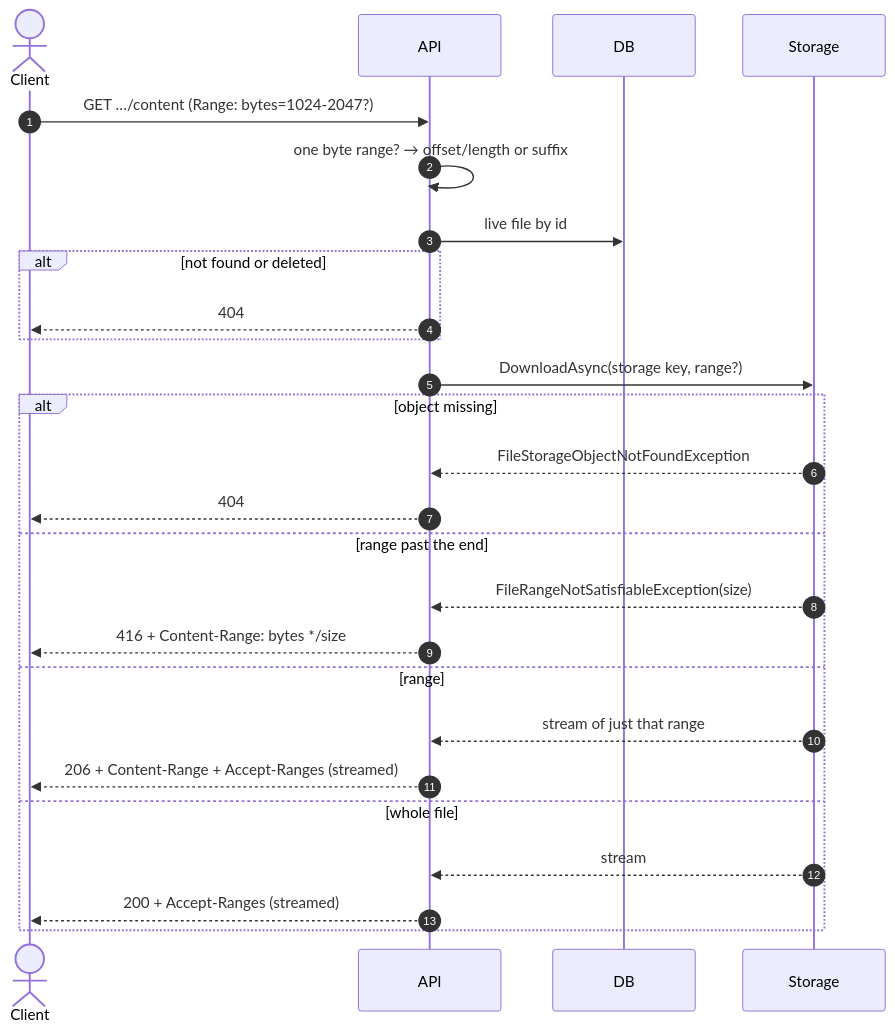
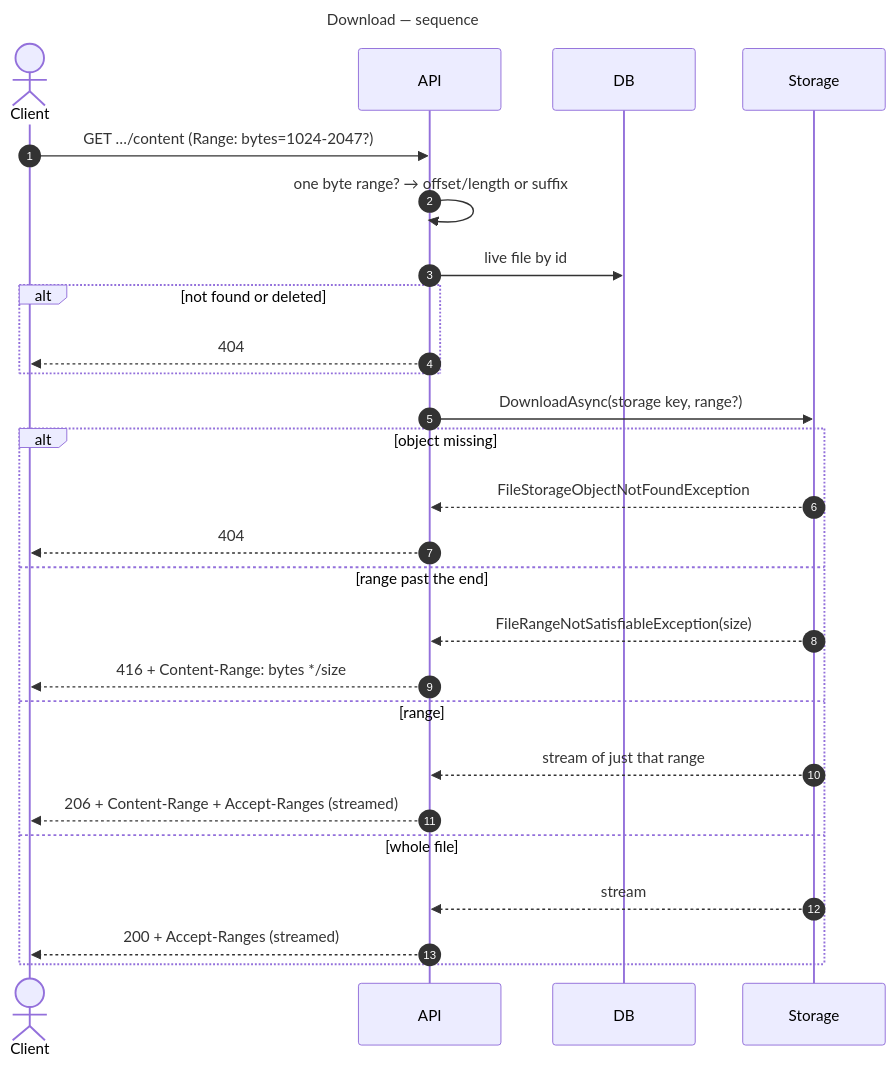
One commit to gmetskhvarishvili/GM.FileStorage.Samples changed the seventh of 14 diagrams in docs/sequence-diagrams.md. Above: the diagram before and after it, drawn with Mermaid. The commit also changed other lines of this file and 7 other files, not shown here.

First line of the commit message:
docs: name every diagram "subject — kind" and index them

````diff
--- a/docs/sequence-diagrams.md
+++ b/docs/sequence-diagrams.md
@@ -214,29 +230,32 @@
 ```mermaid
+---
+title: Download — sequence
+---
 sequenceDiagram
     autonumber
     actor C as Client
     participant API
     participant DB
     participant S as Storage
 
     C->>API: GET …/content (Range: bytes=1024-2047?)
     API->>API: one byte range? → offset/length or suffix
     API->>DB: live file by id
     alt not found or deleted
         API-->>C: 404
     end
     API->>S: DownloadAsync(storage key, range?)
     alt object missing
         S-->>API: FileStorageObjectNotFoundException
         API-->>C: 404
     else range past the end
         S-->>API: FileRangeNotSatisfiableException(size)
         API-->>C: 416 + Content-Range: bytes */size
     else range
         S-->>API: stream of just that range
         API-->>C: 206 + Content-Range + Accept-Ranges (streamed)
     else whole file
         S-->>API: stream
         API-->>C: 200 + Accept-Ranges (streamed)
     end
 ```
````
